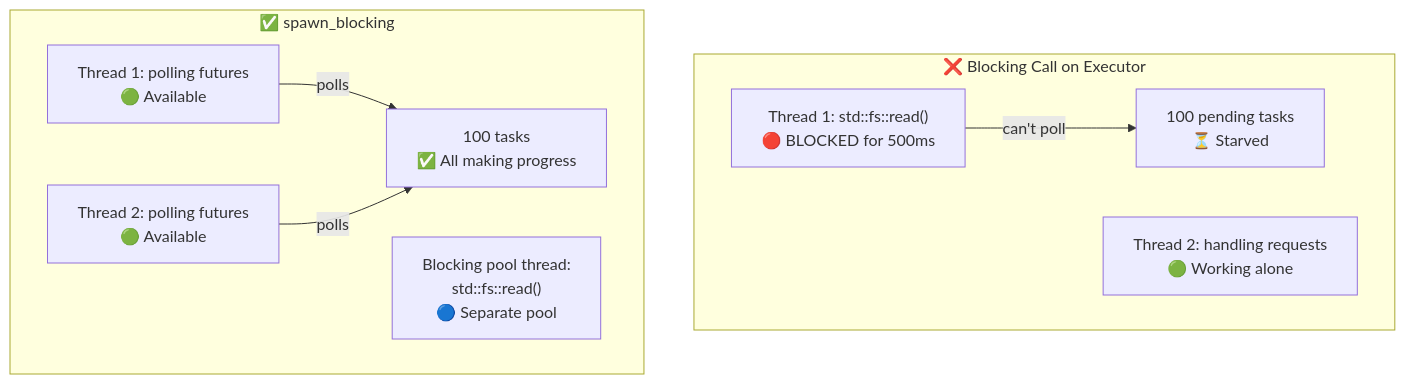
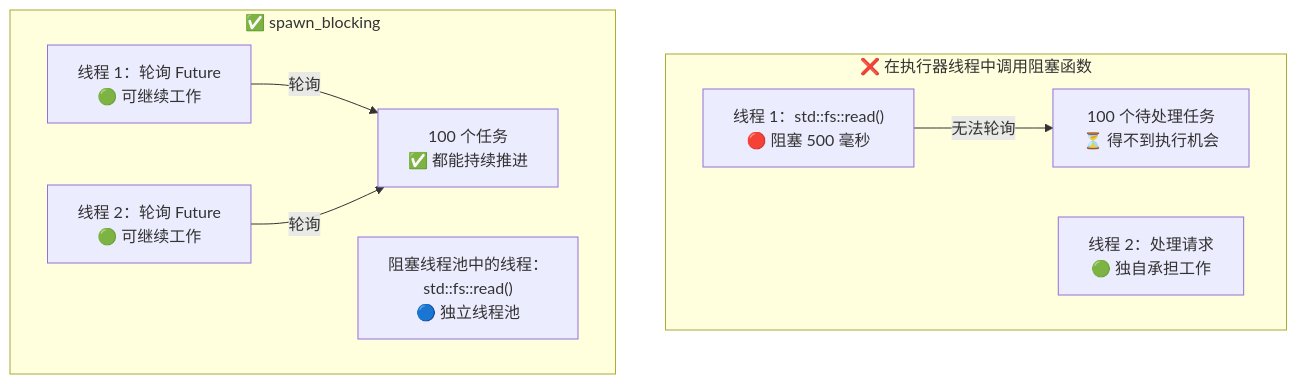
Before and after one commit to S-helios/RustTraining: the diagram in async-book-zh/src/ch12-common-pitfalls.md, drawn with Mermaid. The commit also changed 15 other files, not shown here.

Commit message:
fix(docs): render translated diagrams and support themes

````diff
--- a/async-book-zh/src/ch12-common-pitfalls.md
+++ b/async-book-zh/src/ch12-common-pitfalls.md
@@ -36,18 +36,18 @@
 ```mermaid
 graph TB
-    subgraph "❌ Blocking Call on Executor"
-        T1_BAD["Thread 1: std::fs::read()<br/>🔴 BLOCKED for 500ms"]
-        T2_BAD["Thread 2: handling requests<br/>🟢 Working alone"]
-        TASKS_BAD["100 pending tasks<br/>⏳ Starved"]
-        T1_BAD -->|"can't poll"| TASKS_BAD
+    subgraph "❌ 在执行器线程中调用阻塞函数"
+        T1_BAD["线程 1：std::fs::read()<br/>🔴 阻塞 500 毫秒"]
+        T2_BAD["线程 2：处理请求<br/>🟢 独自承担工作"]
+        TASKS_BAD["100 个待处理任务<br/>⏳ 得不到执行机会"]
+        T1_BAD -->|"无法轮询"| TASKS_BAD
     end
 
     subgraph "✅ spawn_blocking"
-        T1_GOOD["Thread 1: polling futures<br/>🟢 Available"]
-        T2_GOOD["Thread 2: polling futures<br/>🟢 Available"]
-        BT["Blocking pool thread:<br/>std::fs::read()<br/>🔵 Separate pool"]
-        TASKS_GOOD["100 tasks<br/>✅ All making progress"]
-        T1_GOOD -->|"polls"| TASKS_GOOD
-        T2_GOOD -->|"polls"| TASKS_GOOD
+        T1_GOOD["线程 1：轮询 Future<br/>🟢 可继续工作"]
+        T2_GOOD["线程 2：轮询 Future<br/>🟢 可继续工作"]
+        BT["阻塞线程池中的线程：<br/>std::fs::read()<br/>🔵 独立线程池"]
+        TASKS_GOOD["100 个任务<br/>✅ 都能持续推进"]
+        T1_GOOD -->|"轮询"| TASKS_GOOD
+        T2_GOOD -->|"轮询"| TASKS_GOOD
     end
 ```
````
